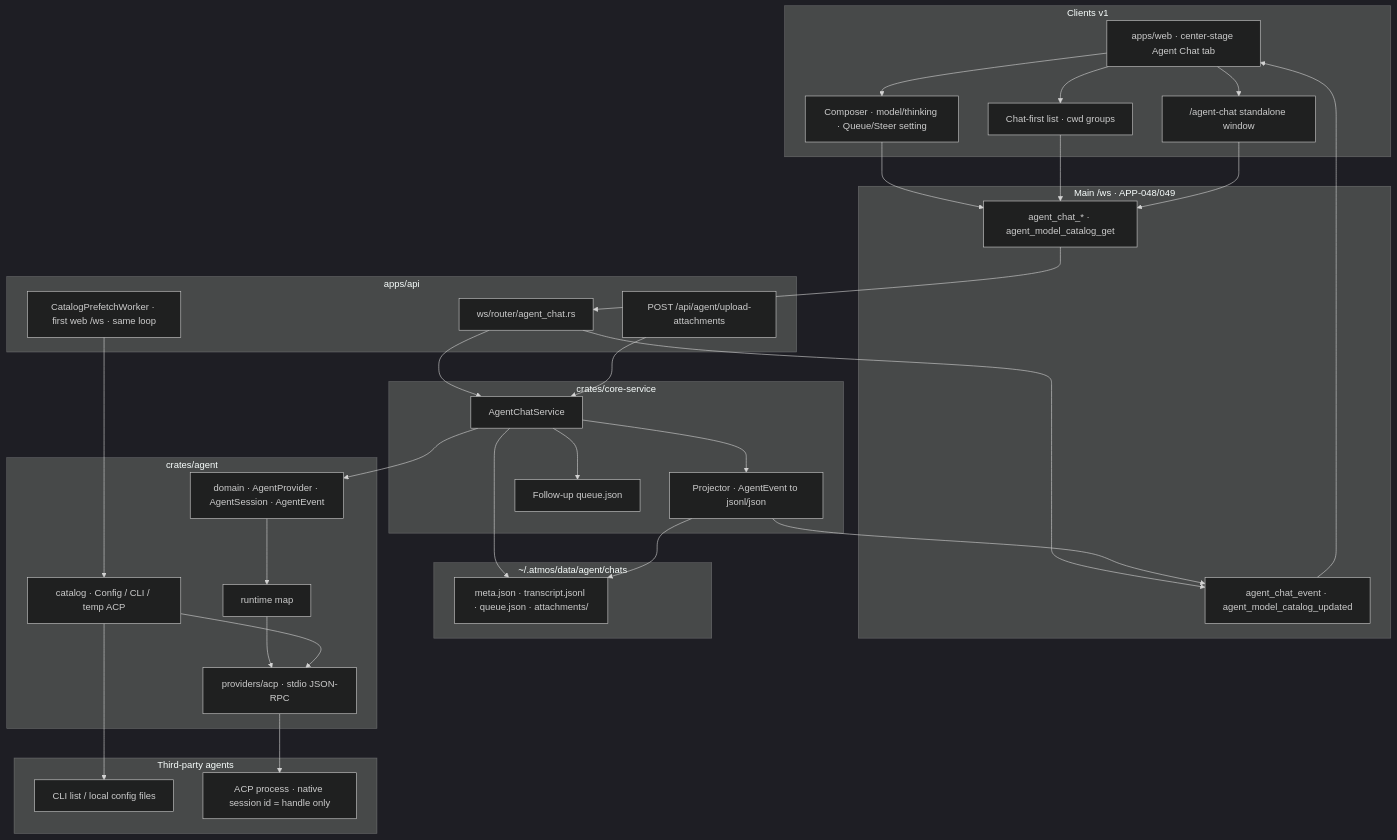
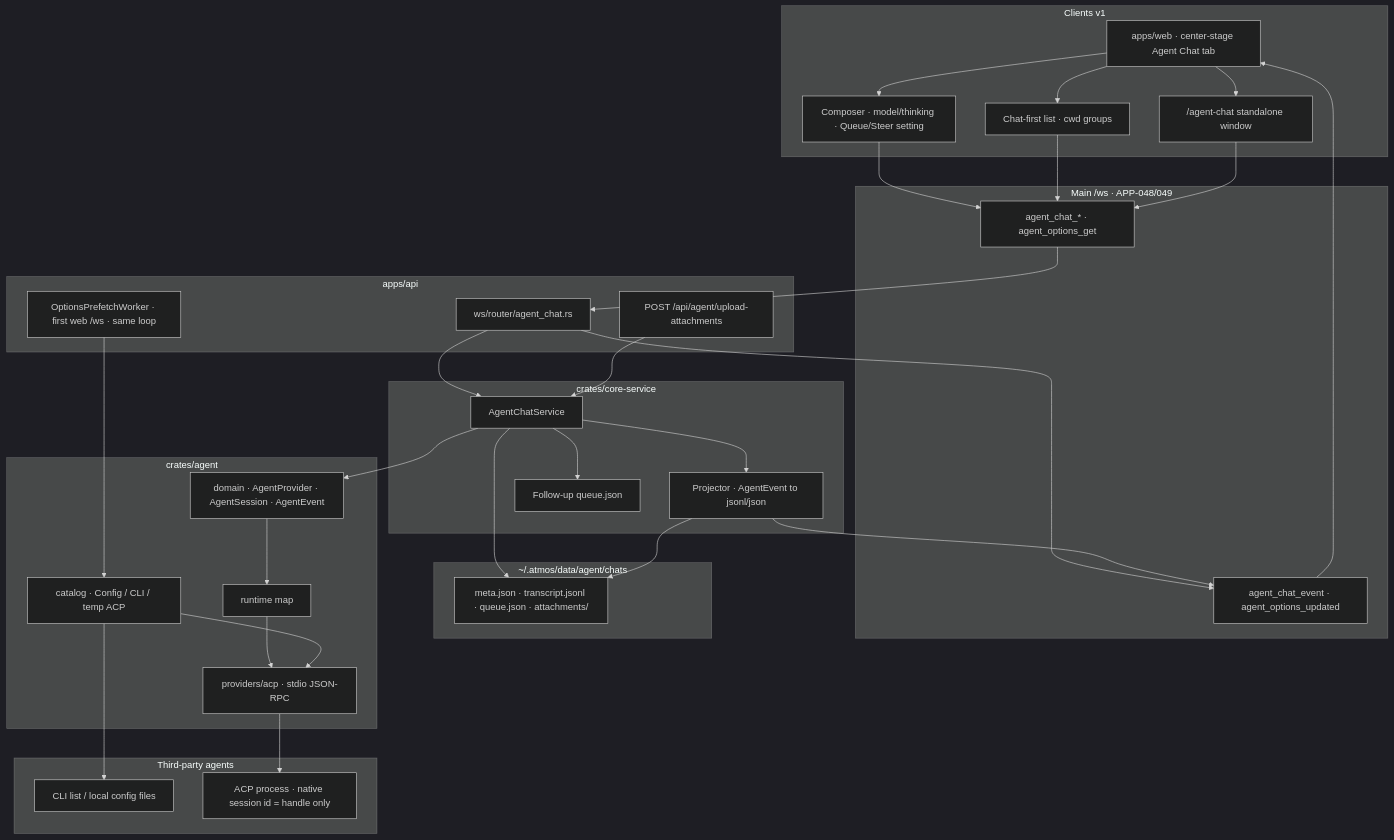
Before and after one commit to AruNi-01/atmos: the diagram in specs/APP/APP-067_atmos_agent_abs/TECH.md, drawn with Mermaid (dark theme). The commit also changed other lines of this file and 138 other files, not shown here.

````diff
--- a/specs/APP/APP-067_atmos_agent_abs/TECH.md
+++ b/specs/APP/APP-067_atmos_agent_abs/TECH.md
@@ -83,66 +83,66 @@
 ```mermaid
 flowchart TB
   subgraph clients [Clients v1]
     Web["apps/web · center-stage Agent Chat tab"]
     List["Chat-first list · cwd groups"]
     Standalone["/agent-chat standalone window"]
     Composer["Composer · model/thinking · Queue/Steer setting"]
   end
 
   subgraph ws [Main /ws · APP-048/049]
-    Actions["agent_chat_* · agent_model_catalog_get"]
-    Events["agent_chat_event · agent_model_catalog_updated"]
+    Actions["agent_chat_* · agent_options_get"]
+    Events["agent_chat_event · agent_options_updated"]
   end
 
   subgraph api [apps/api]
     Router["ws/router/agent_chat.rs"]
-    Prefetch["CatalogPrefetchWorker · first web /ws · same loop"]
+    Prefetch["OptionsPrefetchWorker · first web /ws · same loop"]
     Upload["POST /api/agent/upload-attachments"]
   end
 
   subgraph svc [crates/core-service]
     Conv["AgentChatService"]
     Proj["Projector · AgentEvent to jsonl/json"]
     Queue["Follow-up queue.json"]
   end
 
   subgraph data ["~/.atmos/data/agent/chats"]
     Tables["meta.json · transcript.jsonl · queue.json · attachments/"]
   end
 
   subgraph agentCrate [crates/agent]
     Domain["domain · AgentProvider · AgentSession · AgentEvent"]
     Catalog["catalog · Config / CLI / temp ACP"]
     Acp["providers/acp · stdio JSON-RPC"]
     Runtime["runtime map"]
   end
 
   subgraph providers [Third-party agents]
     CLI["CLI list / local config files"]
     ACP["ACP process · native session id = handle only"]
   end
 
   Web --> List
   Web --> Composer
   Web --> Standalone
   Composer --> Actions
   List --> Actions
   Standalone --> Actions
   Actions --> Router
   Router --> Events
   Events --> Web
   Router --> Conv
   Prefetch --> Catalog
   Upload --> Conv
   Conv --> Proj
   Conv --> Queue
   Conv --> Tables
   Proj --> Tables
   Proj --> Events
   Conv --> Domain
   Domain --> Runtime
   Runtime --> Acp
   Catalog --> CLI
   Catalog --> Acp
   Acp --> ACP
 ```
````
